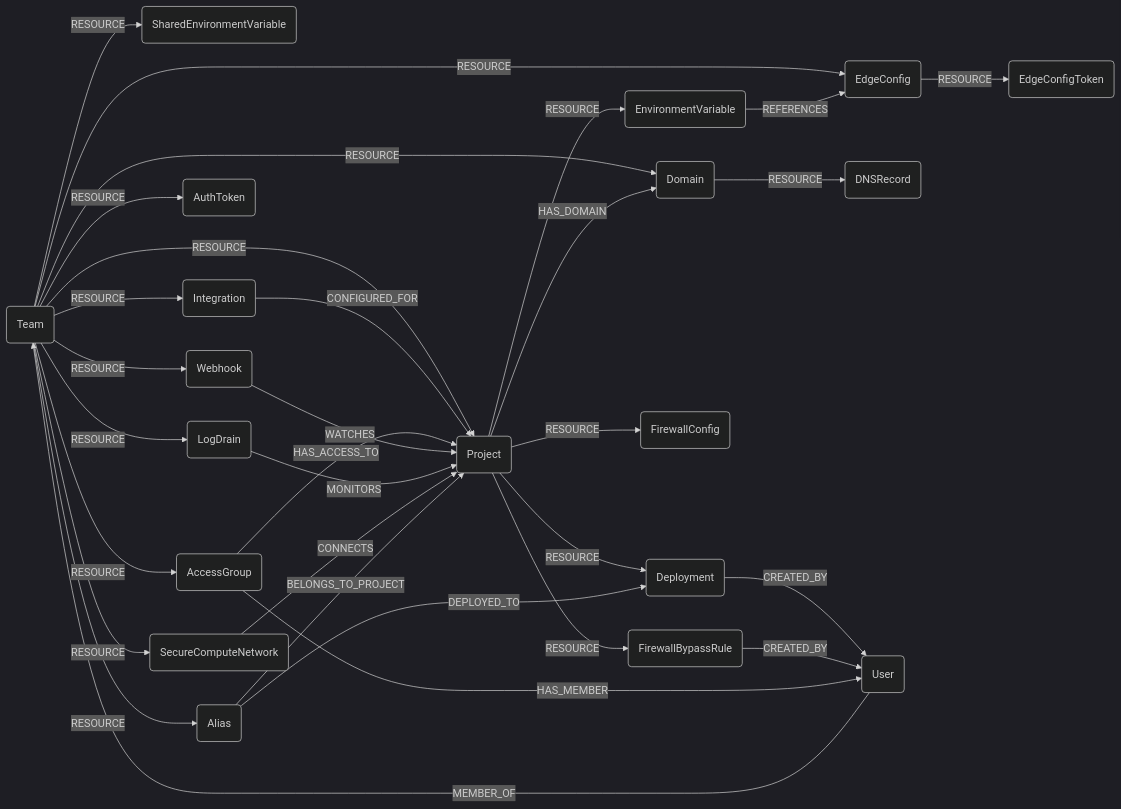
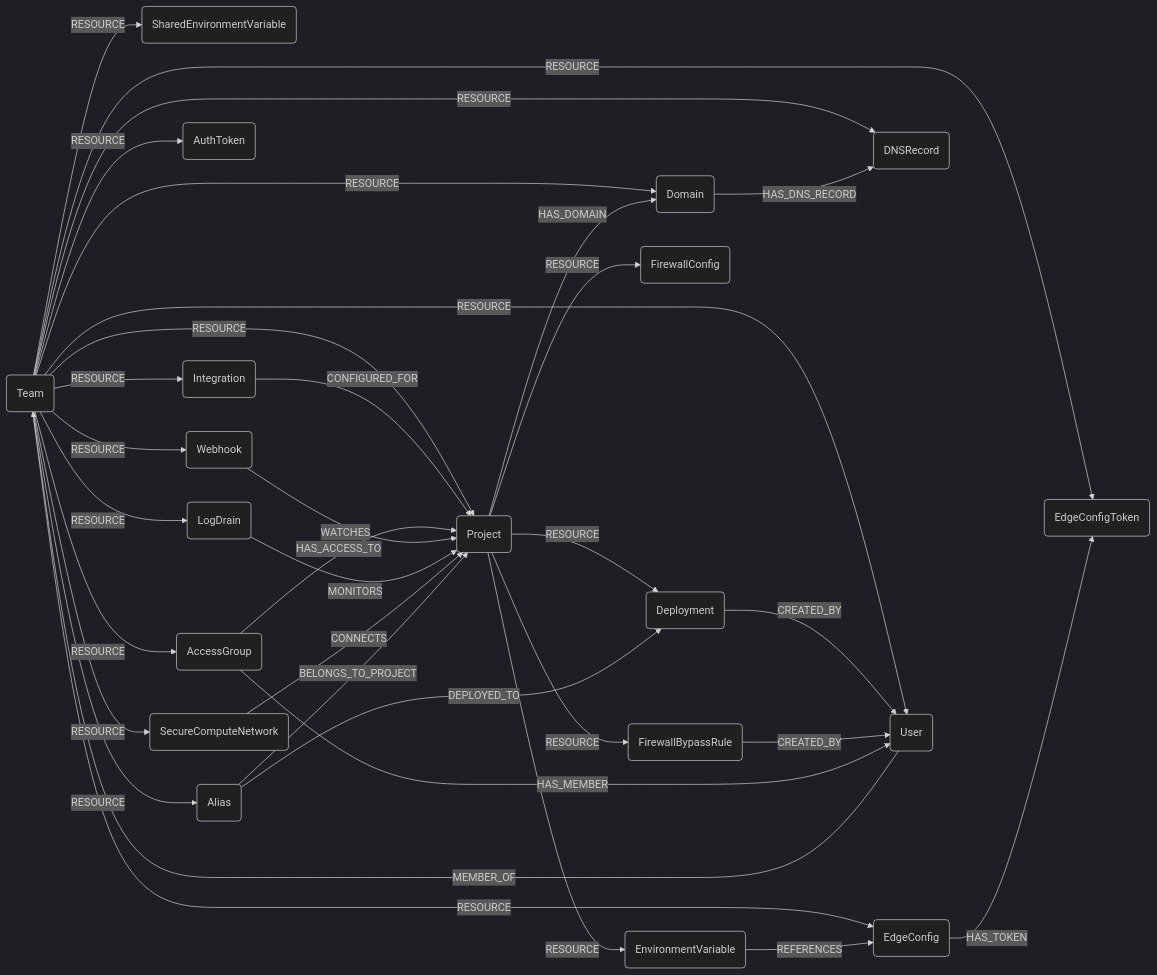
The diagram in docs/root/modules/vercel/schema.md (cartography-cncf/cartography), drawn with Mermaid (dark theme) before and after one commit. The commit also changed other lines of this file and 8 other files, not shown here.

````diff
--- a/docs/root/modules/vercel/schema.md
+++ b/docs/root/modules/vercel/schema.md
@@ -3,33 +3,36 @@
 ```mermaid
 graph LR
 T(Team) -- RESOURCE --> P(Project)
 T -- RESOURCE --> D(Domain)
 T -- RESOURCE --> SEV(SharedEnvironmentVariable)
 T -- RESOURCE --> I(Integration)
 T -- RESOURCE --> AG(AccessGroup)
 T -- RESOURCE --> AT(AuthToken)
 T -- RESOURCE --> W(Webhook)
 T -- RESOURCE --> LD(LogDrain)
 T -- RESOURCE --> N(SecureComputeNetwork)
 T -- RESOURCE --> AL(Alias)
 T -- RESOURCE --> EC(EdgeConfig)
+T -- RESOURCE --> DR(DNSRecord)
+T -- RESOURCE --> ECT(EdgeConfigToken)
+T -- RESOURCE --> U(User)
 P -- RESOURCE --> DP(Deployment)
 P -- RESOURCE --> EV(EnvironmentVariable)
 P -- HAS_DOMAIN --> D
 P -- RESOURCE --> FC(FirewallConfig)
 P -- RESOURCE --> FBR(FirewallBypassRule)
-D -- RESOURCE --> DR(DNSRecord)
-EC -- RESOURCE --> ECT(EdgeConfigToken)
-U(User) -- MEMBER_OF --> T
+D -- HAS_DNS_RECORD --> DR
+EC -- HAS_TOKEN --> ECT
+U -- MEMBER_OF --> T
 DP -- CREATED_BY --> U
 FBR -- CREATED_BY --> U
 EV -- REFERENCES --> EC
 I -- CONFIGURED_FOR --> P
 AG -- HAS_MEMBER --> U
 AG -- HAS_ACCESS_TO --> P
 W -- WATCHES --> P
 LD -- MONITORS --> P
 N -- CONNECTS --> P
 AL -- DEPLOYED_TO --> DP
 AL -- BELONGS_TO_PROJECT --> P
 ```
````
